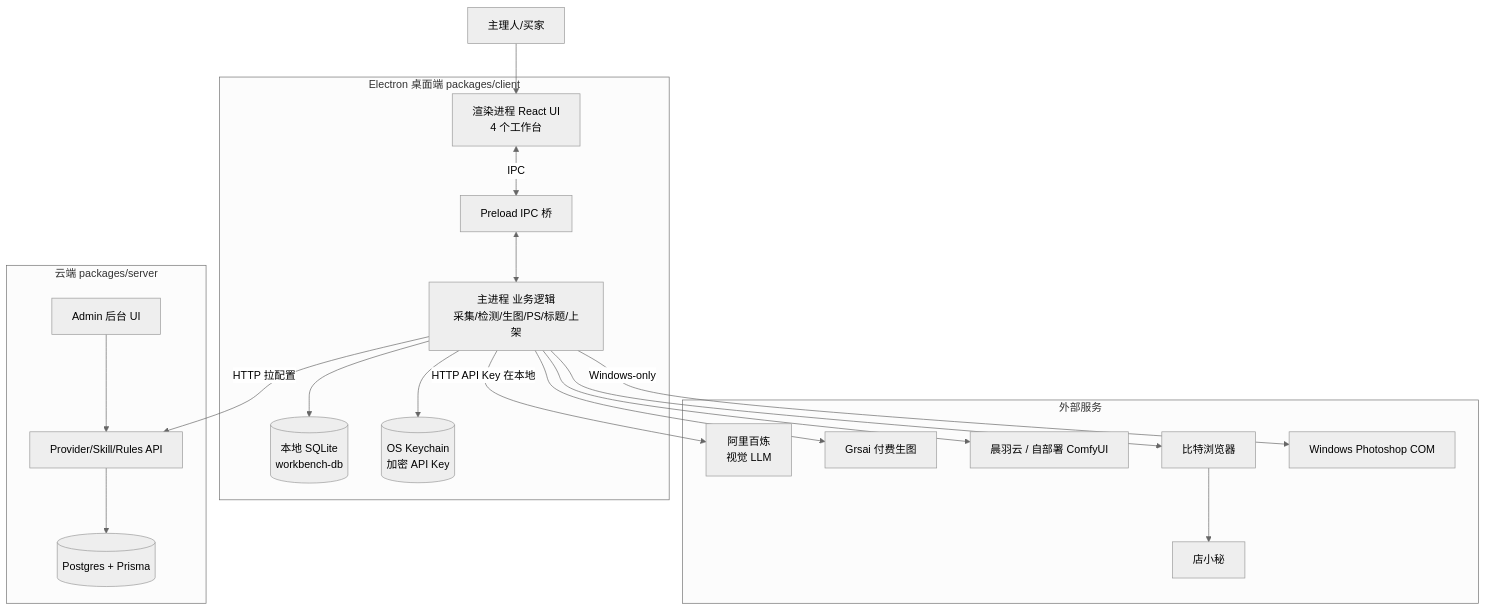
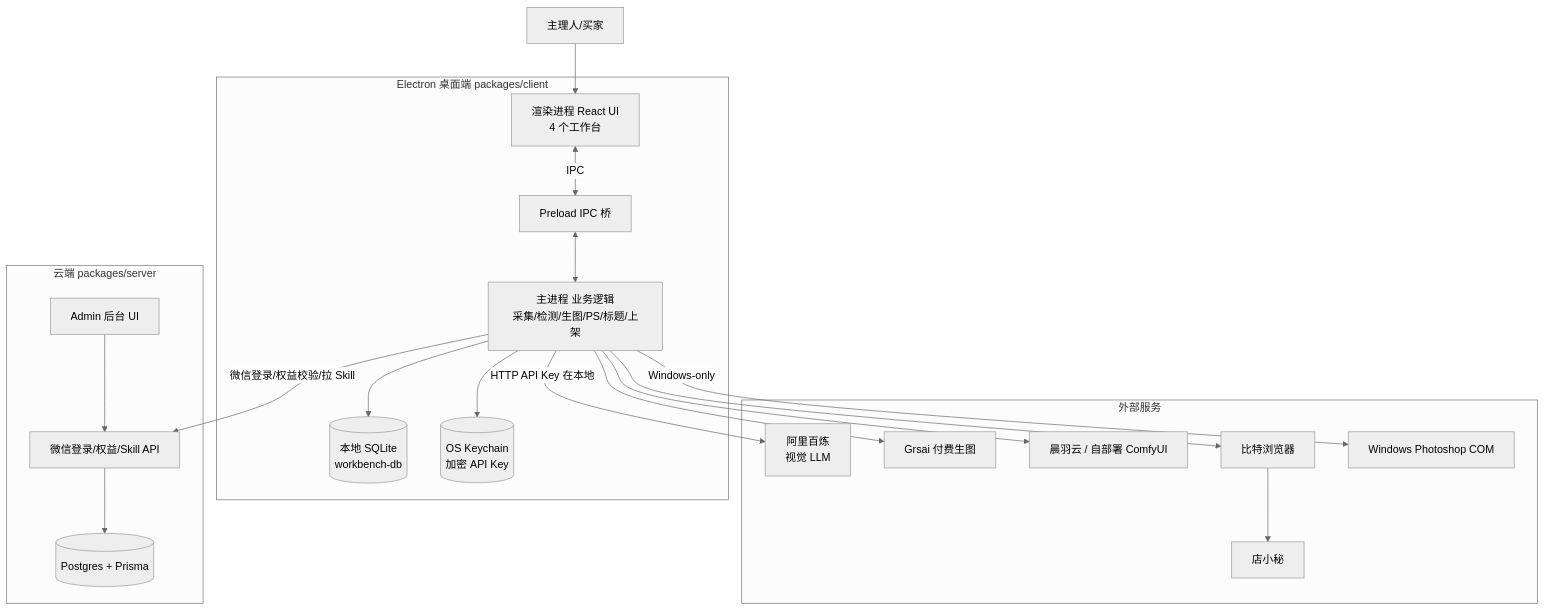
The first of 4 diagrams in docs/PROJECT_TOUR.md (axgiroud312-byte/tengyu-aipod), drawn with Mermaid (neutral theme) before and after one commit. The commit also changed other lines of this file and 117 other files, not shown here.

````diff
--- a/docs/PROJECT_TOUR.md
+++ b/docs/PROJECT_TOUR.md
@@ -38,38 +38,38 @@
 ```mermaid
 graph TB
     User[主理人/买家]
     subgraph Desktop[Electron 桌面端 packages/client]
         Renderer[渲染进程 React UI<br/>4 个工作台]
         Main[主进程 业务逻辑<br/>采集/检测/生图/PS/标题/上架]
         Preload[Preload IPC 桥]
         DB[(本地 SQLite<br/>workbench-db)]
         Keychain[(OS Keychain<br/>加密 API Key)]
     end
     subgraph Cloud[云端 packages/server]
         Admin[Admin 后台 UI]
-        API[Provider/Skill/Rules API]
+        API[微信登录/权益/Skill API]
         PG[(Postgres + Prisma)]
     end
     subgraph Externals[外部服务]
         Bailian[阿里百炼<br/>视觉 LLM]
         Grsai[Grsai 付费生图]
         Comfy[晨羽云 / 自部署 ComfyUI]
         BitB[比特浏览器]
         PS[Windows Photoshop COM]
         Dianxiaomi[店小秘]
     end
 
     User --> Renderer
     Renderer <-->|IPC| Preload <--> Main
     Main --> DB
     Main --> Keychain
-    Main -->|HTTP 拉配置| API
+    Main -->|微信登录/权益校验/拉 Skill| API
     Main -->|HTTP API Key 在本地| Bailian
     Main --> Grsai
     Main --> Comfy
     Main --> BitB
     BitB --> Dianxiaomi
     Main -->|Windows-only| PS
     Admin --> API
     API --> PG
 ```
````
